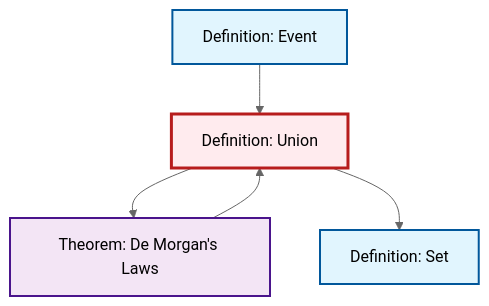
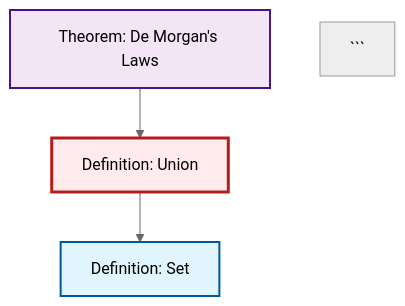
One commit to RK0429/ModernMath changed the diagram in output/mermaid/def-union.mermaid. Above: the diagram before and after it, drawn with Mermaid (neutral theme). The commit also changed 1183 other files, not shown here.

````diff
--- a/output/mermaid/def-union.mermaid
+++ b/output/mermaid/def-union.mermaid
@@ -1,18 +1,14 @@
-```{mermaid}
 %%| fig-cap: "Local dependency graph"
 graph TD
     classDef definition fill:#e1f5fe,stroke:#01579b,stroke-width:2px
     classDef theorem fill:#f3e5f5,stroke:#4a148c,stroke-width:2px
     classDef axiom fill:#fff3e0,stroke:#e65100,stroke-width:2px
     classDef example fill:#e8f5e9,stroke:#1b5e20,stroke-width:2px
     classDef current fill:#ffebee,stroke:#b71c1c,stroke-width:3px
-    def-event["Definition: Event"]:::definition
+    thm-de-morgan["Theorem: De Morgan's Laws"]:::theorem
     def-union["Definition: Union"]:::definition
-    thm-de-morgan["Theorem: De Morgan's Laws"]:::theorem
     def-set["Definition: Set"]:::definition
-    def-union --> thm-de-morgan
+    def-union --> def-set
     thm-de-morgan --> def-union
-    def-event --> def-union
-    def-union --> def-set
     class def-union current
 ```
````
